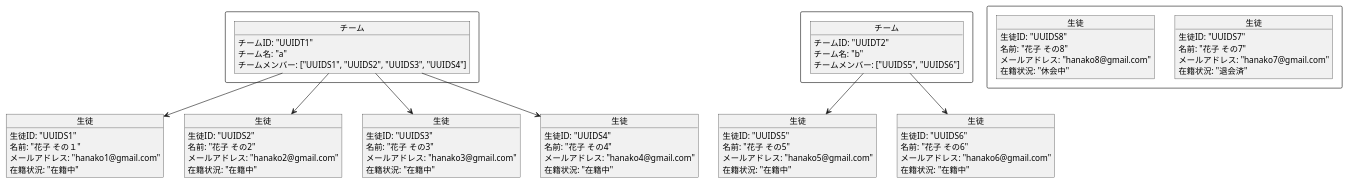
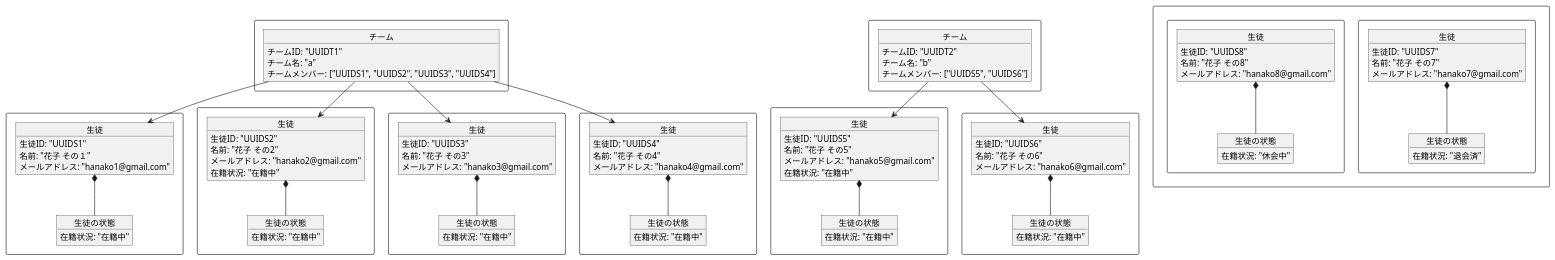
The diagram in doc/object-student-management.pu (yooooooooh/ddd-sample), drawn with PlantUML before and after one commit. The commit also changed 2 other files, not shown here.

```diff
--- a/doc/object-student-management.pu
+++ b/doc/object-student-management.pu
@@ -1,113 +1,172 @@
 @startuml object
 
 ' オブジェクト図は
 ' ユーザーの要求に対するシステムの振る舞いを定義する図です。
 ' サンプルコードP18
 
 ' - 参加者
 '     - 名前とメールアドレスを持つ
 '     - メールアドレスの重複は許容されない
 '     - 在籍ステータスを持つ。取りうる値は「在籍中」「休会中」「退会済」の3つ
 '         - ステータスが「在籍中」ではない場合、どのチームにも所属してはいけない
 ' - チーム
 '     - チームには名前がある
 '     - チームの名前はa, b, c, dのような英文字でなければいけない
 '     - チームの名前は重複不可
 '     - チームの人数は2〜4名。人数が変動したときの挙動については[参加者の増減に関する仕様](https://www.notion.so/1-4a8b67f9c79b4571b4f31e57bf8372c7?pvs=21)を参照
 ' - 課題
 '     - 全ての参加者は複数の課題（80個ぐらい）を所有（割り当てられて）いる
 '         - 例えば参加者Aが課題を80個、参加者Bが課題を80個所有している
 '     - 課題には、参加者ごとに進捗ステータスがある
 '         - 進捗ステータスは「未着手、取組中、レビュー待ち、完了」いずれかの値を持つ
 '         - 進捗ステータス変更可否の条件は以下の通り
 '             - 「未着手」は、「取組中」にのみ変更できる
 '             - 「取組中」は「レビュー待ち」にのみ変更できる
 '             - 「レビュー待ち」は、「取組中」もしくは「完了」に変更できる
 '             - 「完了」は変更できない
 '         - 進捗ステータスを変更できるのは、課題の所有者だけ（Aさんの課題1の進捗ステータスを変えられるのはAさんだけ。Aさんの課題1の進捗ステータスをBさんが変更するのは不可能）
 
 
 rectangle {
     object "チーム" as TeamA {
         チームID: "UUIDT1"
         チーム名: "a"
         チームメンバー: ["UUIDS1", "UUIDS2", "UUIDS3", "UUIDS4"]
     }
 }
 
-object "生徒" as Student1 {
-    生徒ID: "UUIDS1"
-    名前: "花子 その１"
-    メールアドレス: "hanako1@gmail.com"
-    在籍状況: "在籍中"
+
+rectangle {
+    object "生徒" as Student1 {
+        生徒ID: "UUIDS1"
+        名前: "花子 その１"
+        メールアドレス: "hanako1@gmail.com"
+    }
+
+    object "生徒の状態" as StudentStatus1 {
+        在籍状況: "在籍中"
+    }
+
+    Student1 *-- StudentStatus1
 }
 
-object "生徒" as Student2 {
-    生徒ID: "UUIDS2"
-    名前: "花子 その2"
-    メールアドレス: "hanako2@gmail.com"
-    在籍状況: "在籍中"
+rectangle {
+    object "生徒" as Student2 {
+        生徒ID: "UUIDS2"
+        名前: "花子 その2"
+        メールアドレス: "hanako2@gmail.com"
+        在籍状況: "在籍中"
+    }
+
+    object "生徒の状態" as StudentStatus2 {
+        在籍状況: "在籍中"
+    }
+
+    Student2 *-- StudentStatus2
 }
 
-object "生徒" as Student3 {
-    生徒ID: "UUIDS3"
-    名前: "花子 その3"
-    メールアドレス: "hanako3@gmail.com"
-    在籍状況: "在籍中"
+rectangle {
+    object "生徒" as Student3 {
+        生徒ID: "UUIDS3"
+        名前: "花子 その3"
+        メールアドレス: "hanako3@gmail.com"
+    }
+
+    object "生徒の状態" as StudentStatus3 {
+        在籍状況: "在籍中"
+    }
+
+    Student3 *-- StudentStatus3
 }
 
-object "生徒" as Student4 {
-    生徒ID: "UUIDS4"
-    名前: "花子 その4"
-    メールアドレス: "hanako4@gmail.com"
-    在籍状況: "在籍中"
+rectangle {
+    object "生徒" as Student4 {
+        生徒ID: "UUIDS4"
+        名前: "花子 その4"
+        メールアドレス: "hanako4@gmail.com"
+    }
+
+    object "生徒の状態" as StudentStatus4 {
+        在籍状況: "在籍中"
+    }
+
+    Student4 *-- StudentStatus4
 }
 
 TeamA -down-> Student1
 TeamA -down-> Student2
 TeamA -down-> Student3
 TeamA -down-> Student4
 
 
 rectangle {
     object "チーム" as TeamB {
         チームID: "UUIDT2"
         チーム名: "b"
         チームメンバー: ["UUIDS5", "UUIDS6"]
     }
 }
 
-object "生徒" as Student5 {
-    生徒ID: "UUIDS5"
-    名前: "花子 その5"
-    メールアドレス: "hanako5@gmail.com"
-    在籍状況: "在籍中"
+rectangle {
+    object "生徒" as Student5 {
+        生徒ID: "UUIDS5"
+        名前: "花子 その5"
+        メールアドレス: "hanako5@gmail.com"
+        在籍状況: "在籍中"
+    }
+
+    object "生徒の状態" as StudentStatus5 {
+        在籍状況: "在籍中"
+    }
+
+    Student5 *-- StudentStatus5
 }
 
-object "生徒" as Student6 {
-    生徒ID: "UUIDS6"
-    名前: "花子 その6"
-    メールアドレス: "hanako6@gmail.com"
-    在籍状況: "在籍中"
+rectangle {
+    object "生徒" as Student6 {
+        生徒ID: "UUIDS6"
+        名前: "花子 その6"
+        メールアドレス: "hanako6@gmail.com"
+    }
+
+    object "生徒の状態" as StudentStatus6 {
+        在籍状況: "在籍中"
+    }
+
+    Student6 *-- StudentStatus6
 }
 
 TeamB -down-> Student5
 TeamB -down-> Student6
 
 rectangle {
-    object "生徒" as Student7 {
-        生徒ID: "UUIDS7"
-        名前: "花子 その7"
-        メールアドレス: "hanako7@gmail.com"
-        在籍状況: "退会済"
+    rectangle {
+        object "生徒" as Student7 {
+            生徒ID: "UUIDS7"
+            名前: "花子 その7"
+            メールアドレス: "hanako7@gmail.com"
+        }
+
+        object "生徒の状態" as StudentStatus7 {
+            在籍状況: "退会済"
+        }
+
+        Student7 *-- StudentStatus7
     }
 
-    object "生徒" as Student8 {
-        生徒ID: "UUIDS8"
-        名前: "花子 その8"
-        メールアドレス: "hanako8@gmail.com"
-        在籍状況: "休会中"
+    rectangle {
+        object "生徒" as Student8 {
+            生徒ID: "UUIDS8"
+            名前: "花子 その8"
+            メールアドレス: "hanako8@gmail.com"
+        }
+
+        object "生徒の状態" as StudentStatus8 {
+            在籍状況: "休会中"
+        }
+
+        Student8 *-- StudentStatus8
     }
 }
 
 @enduml
```
